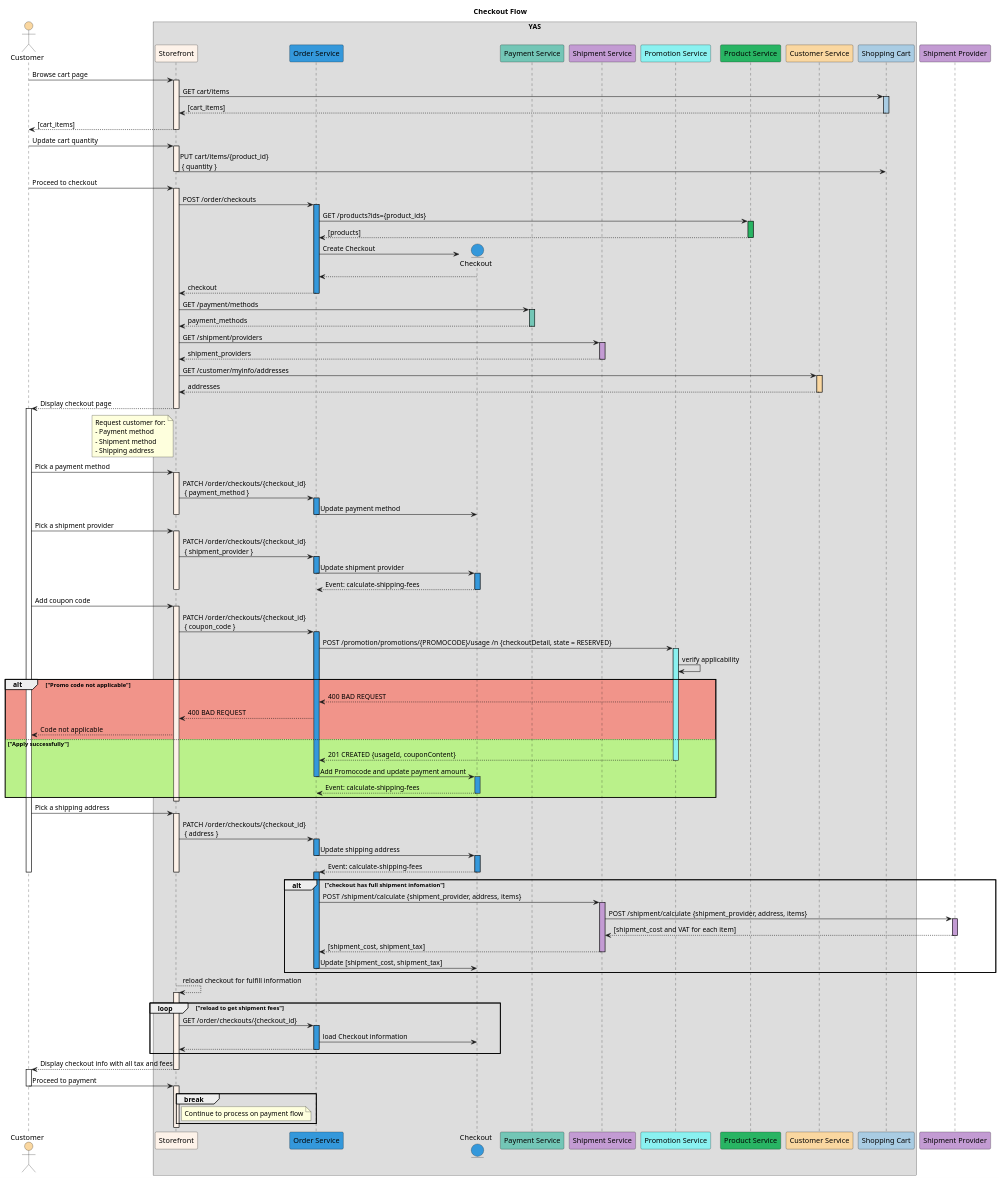
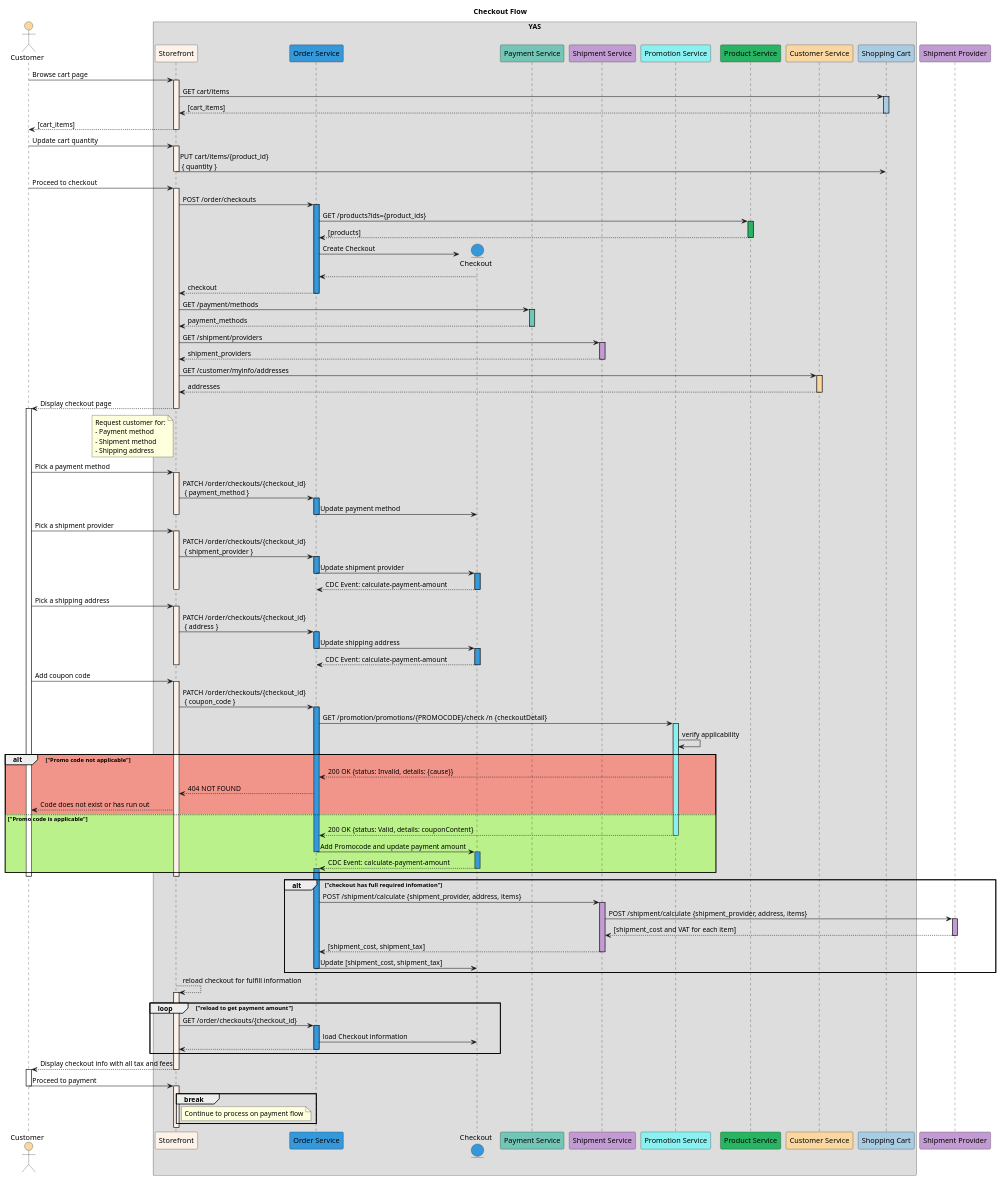
Before and after one commit to nashtech-garage/yas: the diagram in docs/design/order-flows/diagrams/checkout.seq.puml, drawn with PlantUML. The commit also changed 9 other files, not shown here.

Commit message:
Update promocode usage flow, update README text

```diff
--- a/docs/design/order-flows/diagrams/checkout.seq.puml
+++ b/docs/design/order-flows/diagrams/checkout.seq.puml
@@ -1,169 +1,169 @@
 @startuml Checkout Flow
 
 title Checkout Flow
 
 actor Customer as customer #fad7a0
 
 box YAS
     participant "Storefront" as storefront #fdf2e9        
     participant "Order Service" as order_service #3498db    
     entity "Checkout" as checkout #3498db
     participant "Payment Service" as payment_service #73c6b6
     participant "Shipment Service" as shipment_service #c39bd3
     participant "Promotion Service" as promotion_service #8af1f0
     participant "Product Service" as product_service #28b463 
     participant "Customer Service" as customer_service #fad7a0
     participant "Shopping Cart" as shopping_cart #a9cce3
 end box 
 
 participant "Shipment Provider" as shipment_provider #c39bd3
 
 customer -> storefront: Browse cart page
 activate storefront #fdf2e9
   storefront -> shopping_cart: GET cart/items
   activate shopping_cart #a9cce3
     shopping_cart --> storefront: [cart_items]
   deactivate shopping_cart
   customer <-- storefront: [cart_items]
 deactivate storefront
 
 customer -> storefront: Update cart quantity
 activate storefront #fdf2e9
   storefront -> shopping_cart: PUT cart/items/{product_id} \n { quantity }
 deactivate storefront
 
 customer -> storefront: Proceed to checkout
 activate storefront #fdf2e9
   storefront -> order_service: POST /order/checkouts
   activate order_service #3498db
     order_service -> product_service: GET /products?ids={product_ids}
     activate product_service #28b463 
       product_service --> order_service: [products]
     deactivate product_service
     order_service -> checkout **: Create Checkout
     order_service <-- checkout
     storefront <-- order_service: checkout
   deactivate order_service
   storefront -> payment_service: GET /payment/methods
 
   'Get payment methods
   activate payment_service #73c6b6
     storefront <-- payment_service: payment_methods
   deactivate payment_service
 
   'Get shipment providers
   storefront -> shipment_service: GET /shipment/providers
   activate shipment_service #c39bd3
     storefront <-- shipment_service: shipment_providers
   deactivate shipment_service
 
   'Get customer addresses
   storefront -> customer_service: GET /customer/myinfo/addresses
   activate customer_service #fad7a0
     storefront <-- customer_service: addresses
   deactivate customer_service
 
   storefront --> customer: Display checkout page
   note left of storefront 
     Request customer for:
     - Payment method
     - Shipment method
     - Shipping address
   end note
 deactivate storefront
 activate customer
 
   'Pick a payment method
   customer -> storefront: Pick a payment method
   activate storefront #fdf2e9    
     storefront -> order_service: PATCH /order/checkouts/{checkout_id} \n { payment_method }
     activate order_service #3498db
       order_service -> checkout: Update payment method
     deactivate order_service    
   deactivate storefront
 
   'Pick a shipment provider
   customer -> storefront: Pick a shipment provider
   activate storefront #fdf2e9
     storefront -> order_service: PATCH /order/checkouts/{checkout_id} \n { shipment_provider }
     activate order_service #3498db
       order_service -> checkout: Update shipment provider
     deactivate order_service
     activate checkout #3498db
-      checkout --> order_service: Event: calculate-shipping-fees
+      checkout --> order_service: CDC Event: calculate-payment-amount
     deactivate checkout 
   deactivate storefront
 
-  'Add coupon code
-  customer -> storefront: Add coupon code
-  activate storefront #fdf2e9
-    storefront -> order_service: PATCH /order/checkouts/{checkout_id} \n { coupon_code }
-    activate order_service #3498db
-      order_service -> promotion_service: POST /promotion/promotions/{PROMOCODE}/usage /n {checkoutDetail, state = RESERVED}
-      activate promotion_service #8af1f0
-      promotion_service -> promotion_service: verify applicability
-        alt #f1948a "Promo code not applicable"
-          promotion_service --> order_service: 400 BAD REQUEST
-          order_service --> storefront: 400 BAD REQUEST
-          storefront --> customer: Code not applicable
-        else #baf18a "Apply successfully" 
-          promotion_service --> order_service: 201 CREATED {usageId, couponContent}
-          deactivate promotion_service
-          order_service -> checkout: Add Promocode and update payment amount
-          deactivate order_service
-          activate checkout #3498db
-            checkout --> order_service: Event: calculate-shipping-fees
-          deactivate checkout 
-        end
-  deactivate storefront
-   
   'Pick a shipping address
   customer -> storefront: Pick a shipping address
   activate storefront #fdf2e9
     storefront -> order_service: PATCH /order/checkouts/{checkout_id} \n { address }
     activate order_service #3498db
       order_service -> checkout: Update shipping address
     deactivate order_service
     activate checkout #3498db
-      checkout --> order_service: Event: calculate-shipping-fees
+      checkout --> order_service: CDC Event: calculate-payment-amount
     deactivate checkout 
   deactivate storefront
+  
+  'Add coupon code
+  customer -> storefront: Add coupon code
+  activate storefront #fdf2e9
+    storefront -> order_service: PATCH /order/checkouts/{checkout_id} \n { coupon_code }
+    activate order_service #3498db
+      order_service -> promotion_service: GET /promotion/promotions/{PROMOCODE}/check /n {checkoutDetail}
+      activate promotion_service #8af1f0
+      promotion_service -> promotion_service: verify applicability
+        alt #f1948a "Promo code not applicable"
+          promotion_service --> order_service: 200 OK {status: Invalid, details: {cause}}
+          order_service --> storefront: 404 NOT FOUND
+          storefront --> customer: Code does not exist or has run out
+        else #baf18a "Promo code is applicable" 
+          promotion_service --> order_service: 200 OK {status: Valid, details: couponContent}
+          deactivate promotion_service
+          order_service -> checkout: Add Promocode and update payment amount
+          deactivate order_service
+          activate checkout #3498db
+            checkout --> order_service: CDC Event: calculate-payment-amount
+          deactivate checkout 
+          activate order_service #3498db  
+        end
+  deactivate storefront 
 deactivate customer
 
-alt "checkout has full shipment infomation"
-  activate order_service #3498db  
+alt "checkout has full required infomation"
     order_service -> shipment_service: POST /shipment/calculate {shipment_provider, address, items}
     activate shipment_service #c39bd3
       shipment_service -> shipment_provider: POST /shipment/calculate {shipment_provider, address, items}
       activate shipment_provider #c39bd3
         shipment_service <-- shipment_provider: [shipment_cost and VAT for each item]
       deactivate shipment_provider
       order_service <-- shipment_service: [shipment_cost, shipment_tax]
     deactivate shipment_service
     order_service -> checkout: Update [shipment_cost, shipment_tax]
   deactivate order_service
 end 
 
 storefront --> storefront: reload checkout for fulfill information
 activate storefront #fdf2e9
-  loop  "reload to get shipment fees"
+  loop  "reload to get payment amount"
     storefront -> order_service: GET /order/checkouts/{checkout_id}
     activate order_service #3498db
       order_service -> checkout: load Checkout information
       storefront <-- order_service
     deactivate order_service
   end
   storefront --> customer: Display checkout info with all tax and fees
 deactivate storefront
 activate customer
   customer -> storefront: Proceed to payment
 deactivate customer
 activate storefront #fdf2e9
   break
     note right of storefront
       Continue to process on payment flow
     end note
   end 
 deactivate storefront
 
 @enduml
```
